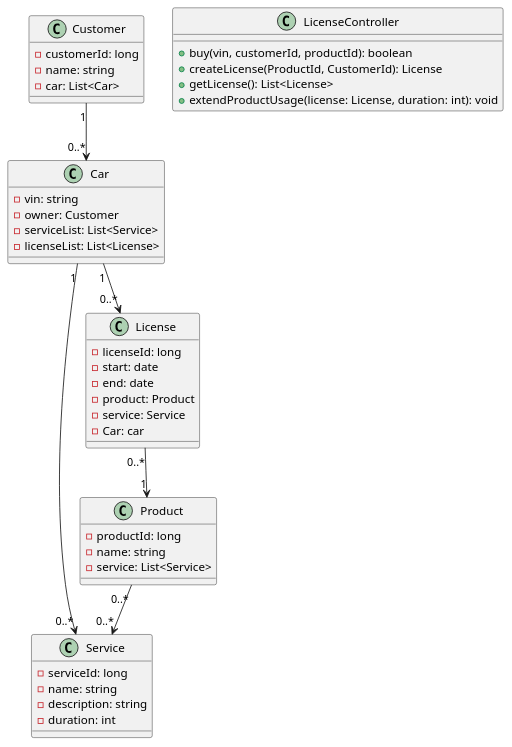
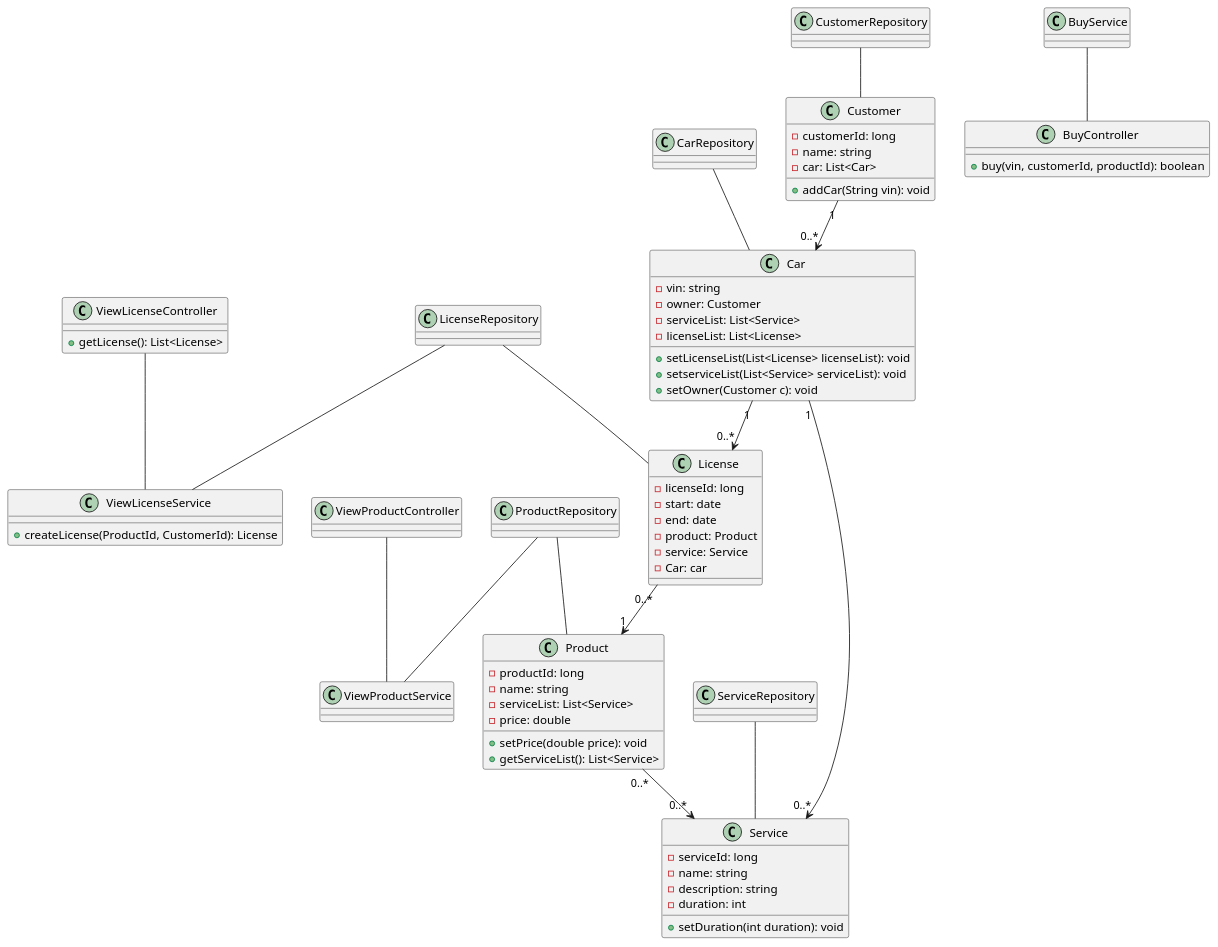
One commit to ljbg1996/car-backend changed the diagram in .idea/2.0 class.puml. Above: the diagram before and after it, drawn with PlantUML.

Commit message:
2.0 class - update

```diff
--- a/.idea/2.0 class.puml
+++ b/.idea/2.0 class.puml
@@ -1,58 +1,139 @@
 @startuml
 class Car {
     - vin: string
     - owner: Customer
     - serviceList: List<Service>
     - licenseList: List<License>
+
+    + setLicenseList(List<License> licenseList): void
+    + setserviceList(List<Service> serviceList): void
+    + setOwner(Customer c): void
+
+}
+
+class CarRepository{
+
 
 }
 
 class Customer {
     - customerId: long
     - name: string
     - car: List<Car>
 
+    + addCar(String vin): void
+
+
 }
+
+class CustomerRepository{
+
+
+}
+
+
 
 class Product {
     - productId: long
     - name: string
-    - service: List<Service>
+    - serviceList: List<Service>
+    - price: double
+
+    + setPrice(double price): void
+    + getServiceList(): List<Service>
+
+}
+
+class ProductRepository{
+
 
 }
 
 class Service {
     - serviceId: long
     - name: string
     - description: string
     - duration: int
+
+    + setDuration(int duration): void
+}
+
+class ServiceRepository{
+
 
 }
 
 class License {
     - licenseId: long
     - start: date
     - end: date
     - product: Product
     - service: Service
     - Car: car
 
+   '+ extendLicense(license: License, duration: int): void
+
 }
 
-class LicenseController {
+class LicenseRepository{
+
+
+}
+
+class ViewLicenseController {
+
+
+    + getLicense(): List<License>
+
+}
+
+class BuyController {
 
     + buy(vin, customerId, productId): boolean
+
+}
+
+class ViewProductController {
+
+
+}
+
+class ViewLicenseService{
+
     + createLicense(ProductId, CustomerId): License
-    + getLicense(): List<License>
-    + extendProductUsage(license: License, duration: int): void
+
+}
+
+class BuyService {
+
+
+}
+
+class ViewProductService {
+
+
 }
 
 
 
+
+
+
+
+LicenseRepository-- License
+ViewLicenseController -- ViewLicenseService
+LicenseRepository -- ViewLicenseService
+ProductRepository -- Product
+ProductRepository -- ViewProductService
+ViewProductController -- ViewProductService
+BuyService -- BuyController
+CarRepository -- Car
+CustomerRepository -- Customer
+ServiceRepository -- Service
 Customer "1" --> "0..*" Car
 Car "1" --> "0..*" License
 Car "1" --> "0..*" Service
 License "0..*"--> "1"Product
 Product "0..*" --> "0..*" Service
 
 @enduml
```
